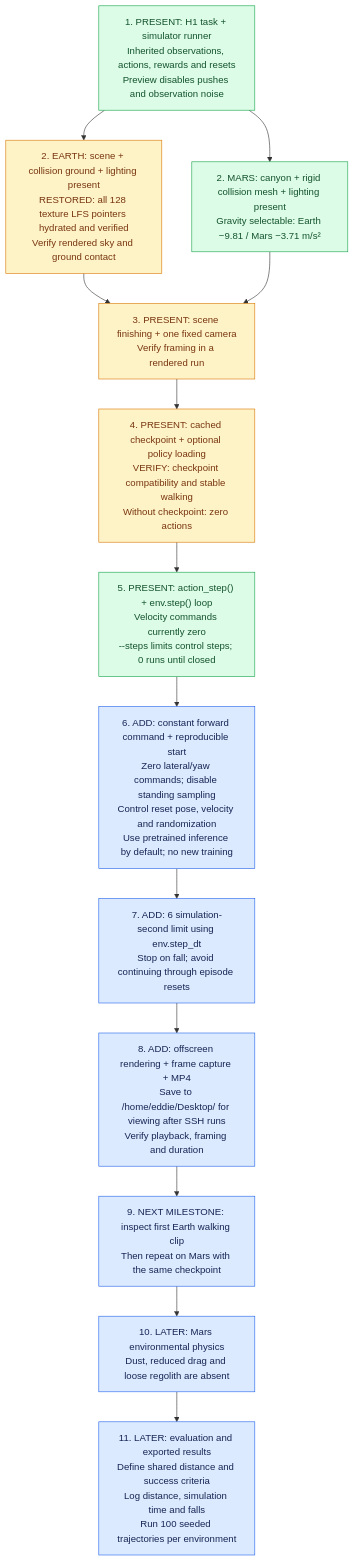
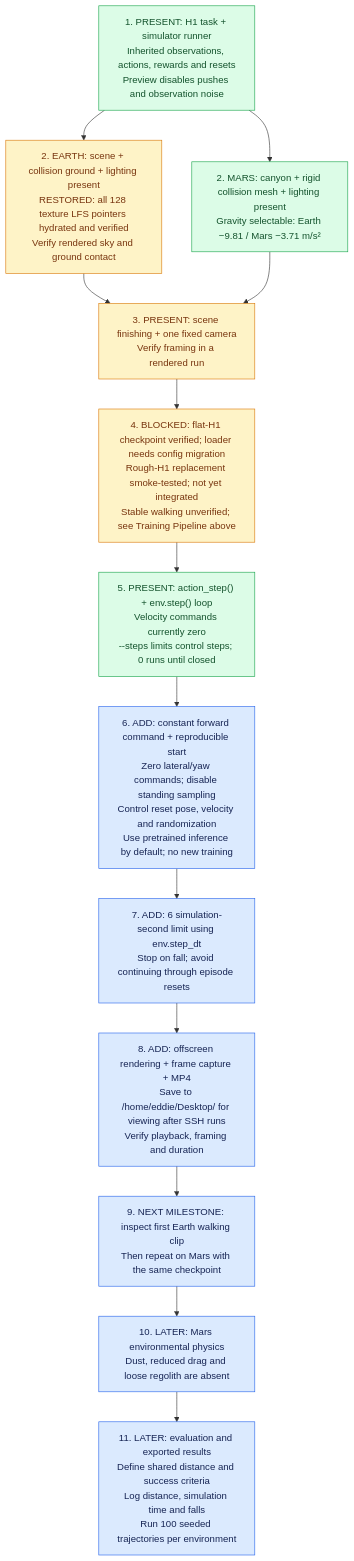
The third of 3 diagrams in README.md (eddie-wq07/Mars-Project), drawn with Mermaid before and after one commit. The commit also changed other lines of this file and 3 other files, not shown here.

````diff
--- a/README.md
+++ b/README.md
@@ -65,29 +104,29 @@
 ```mermaid
 flowchart TD
     base["1. PRESENT: H1 task + simulator runner<br/>Inherited observations, actions, rewards and resets<br/>Preview disables pushes and observation noise"]
     earth["2. EARTH: scene + collision ground + lighting present<br/>RESTORED: all 128 texture LFS pointers hydrated and verified<br/>Verify rendered sky and ground contact"]
     mars["2. MARS: canyon + rigid collision mesh + lighting present<br/>Gravity selectable: Earth −9.81 / Mars −3.71 m/s²"]
     camera["3. PRESENT: scene finishing + one fixed camera<br/>Verify framing in a rendered run"]
-    policy["4. PRESENT: cached checkpoint + optional policy loading<br/>VERIFY: checkpoint compatibility and stable walking<br/>Without checkpoint: zero actions"]
+    policy["4. BLOCKED: flat-H1 checkpoint verified; loader needs config migration<br/>Rough-H1 replacement smoke-tested; not yet integrated<br/>Stable walking unverified; see Training Pipeline above"]
     loop["5. PRESENT: action_step() + env.step() loop<br/>Velocity commands currently zero<br/>--steps limits control steps; 0 runs until closed"]
     walk["6. ADD: constant forward command + reproducible start<br/>Zero lateral/yaw commands; disable standing sampling<br/>Control reset pose, velocity and randomization<br/>Use pretrained inference by default; no new training"]
     timing["7. ADD: 6 simulation-second limit using env.step_dt<br/>Stop on fall; avoid continuing through episode resets"]
     video["8. ADD: offscreen rendering + frame capture + MP4<br/>Save to /home/eddie/Desktop/ for viewing after SSH runs<br/>Verify playback, framing and duration"]
     iterate["9. NEXT MILESTONE: inspect first Earth walking clip<br/>Then repeat on Mars with the same checkpoint"]
     physics["10. LATER: Mars environmental physics<br/>Dust, reduced drag and loose regolith are absent"]
     evaluation["11. LATER: evaluation and exported results<br/>Define shared distance and success criteria<br/>Log distance, simulation time and falls<br/>Run 100 seeded trajectories per environment"]
 
     base --> earth
     base --> mars
     earth --> camera
     mars --> camera
     camera --> policy --> loop --> walk --> timing --> video --> iterate
     iterate --> physics --> evaluation
 
     classDef present fill:#dcfce7,stroke:#16a34a,color:#14532d;
     classDef verify fill:#fef3c7,stroke:#d97706,color:#78350f;
     classDef todo fill:#dbeafe,stroke:#2563eb,color:#172554;
     class base,mars,loop present;
     class earth,camera,policy verify;
     class walk,timing,video,iterate,physics,evaluation todo;
 ```
````
